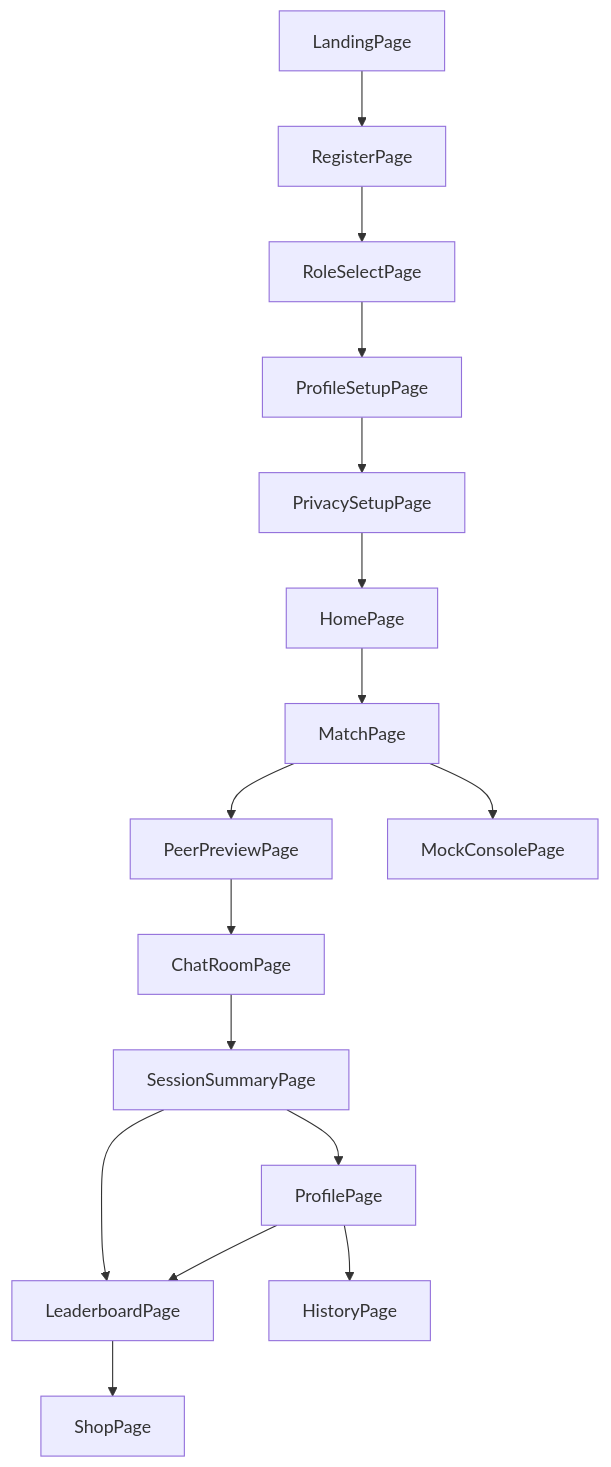
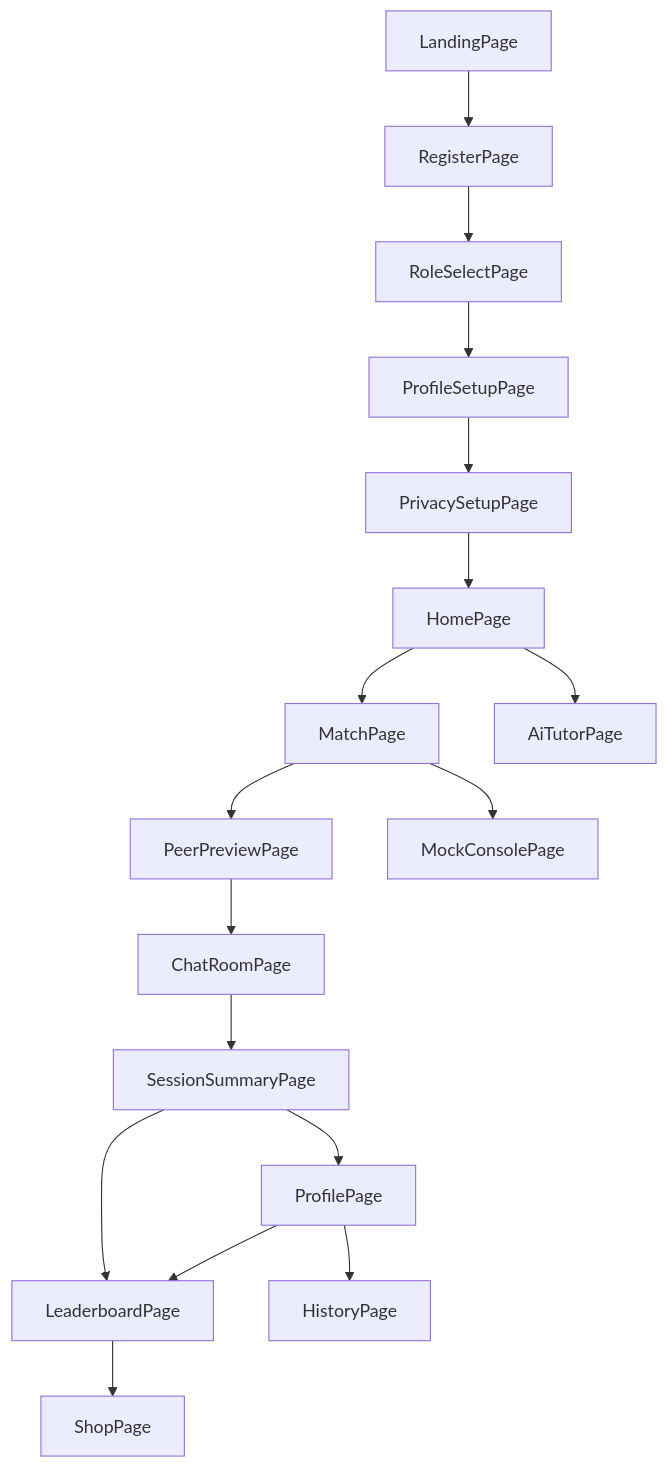
One commit to SocialPhobia-Hack4SDG/CantoBridge changed the first of 4 diagrams in frontend/docs/03-ia-and-pages.md. Above: the diagram before and after it, drawn with Mermaid. The commit also changed other lines of this file and 22 other files, not shown here.

````diff
--- a/frontend/docs/03-ia-and-pages.md
+++ b/frontend/docs/03-ia-and-pages.md
@@ -15,18 +15,19 @@
 ```mermaid
 flowchart TD
     LandingPage --> RegisterPage
     RegisterPage --> RoleSelectPage
     RoleSelectPage --> ProfileSetupPage
     ProfileSetupPage --> PrivacySetupPage
     PrivacySetupPage --> HomePage
     HomePage --> MatchPage
+    HomePage --> AiTutorPage
     MatchPage --> PeerPreviewPage
     PeerPreviewPage --> ChatRoomPage
     ChatRoomPage --> SessionSummaryPage
     SessionSummaryPage --> LeaderboardPage
     SessionSummaryPage --> ProfilePage
     ProfilePage --> HistoryPage
     ProfilePage --> LeaderboardPage
     LeaderboardPage --> ShopPage
     MatchPage --> MockConsolePage
 ```
````
